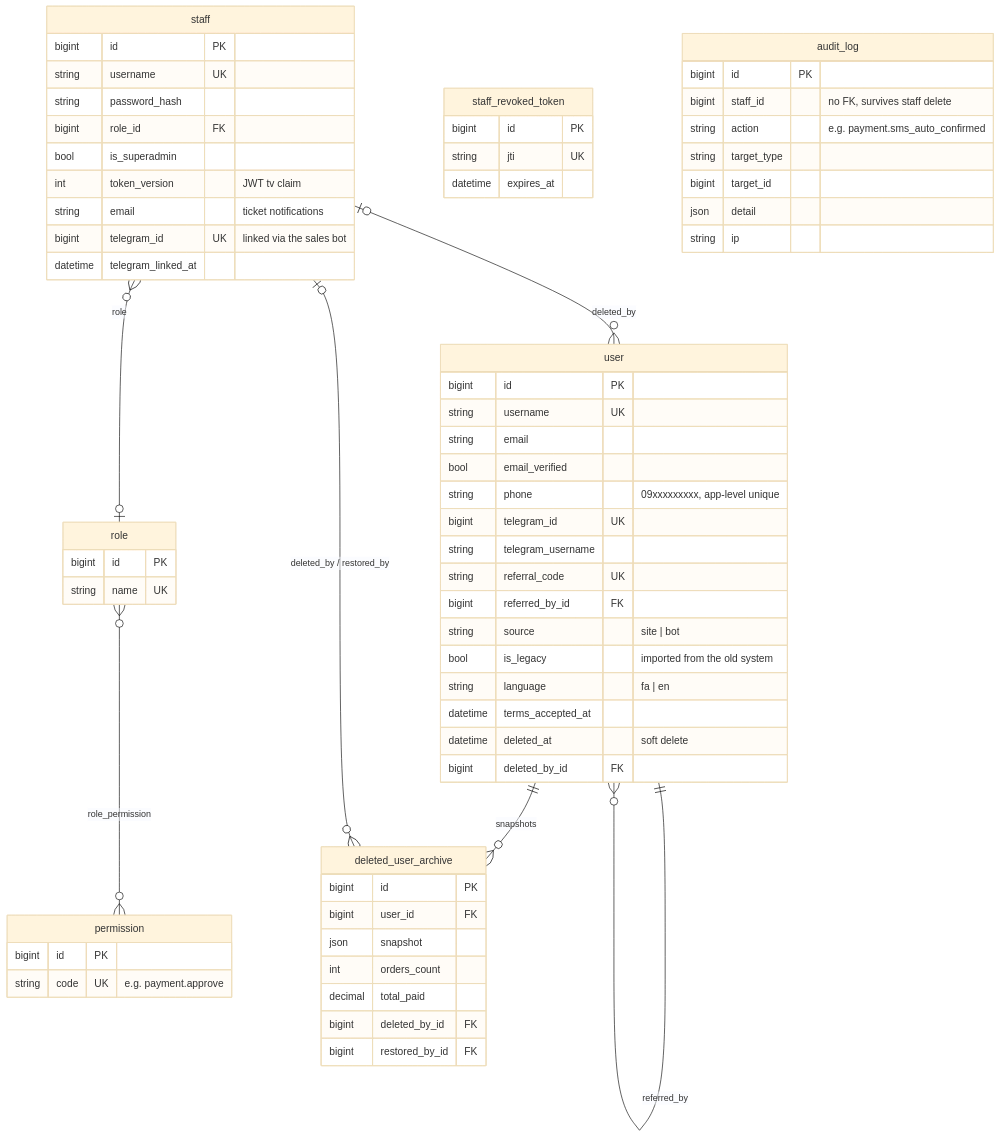
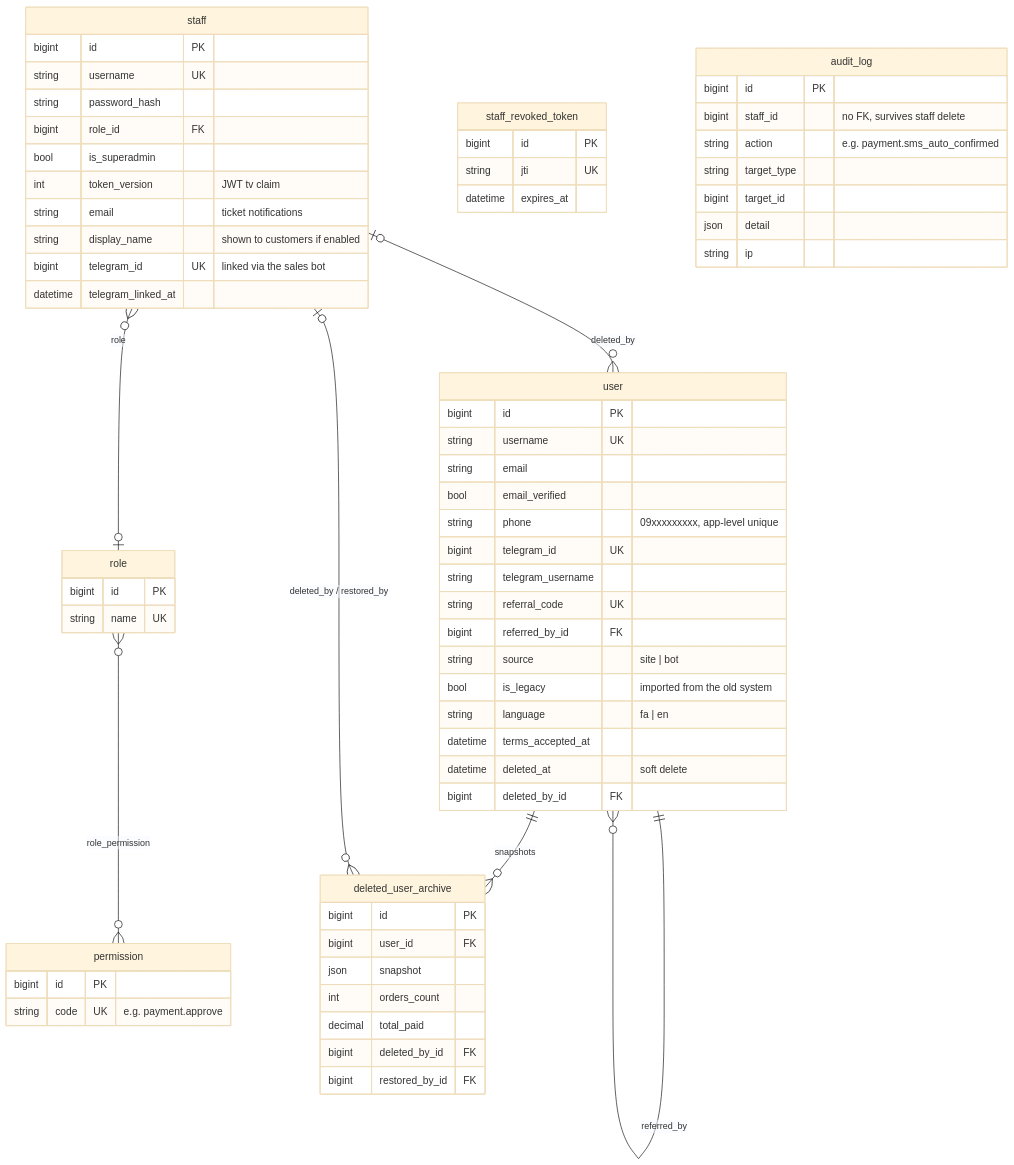
Before and after one commit to santiyagoburcart/caspintunel: the first of 7 diagrams in docs/erd.md, drawn with Mermaid (base theme). The commit also changed other lines of this file and 45 other files, not shown here.

````diff
--- a/docs/erd.md
+++ b/docs/erd.md
@@ -17,69 +17,70 @@
 ```mermaid
 erDiagram
     user ||--o{ user : "referred_by"
     staff }o--o| role : "role"
     role }o--o{ permission : "role_permission"
     user ||--o{ deleted_user_archive : "snapshots"
     staff |o--o{ deleted_user_archive : "deleted_by / restored_by"
     staff |o--o{ user : "deleted_by"
 
     user {
         bigint id PK
         string username UK
         string email
         bool email_verified
         string phone "09xxxxxxxxx, app-level unique"
         bigint telegram_id UK
         string telegram_username
         string referral_code UK
         bigint referred_by_id FK
         string source "site | bot"
         bool is_legacy "imported from the old system"
         string language "fa | en"
         datetime terms_accepted_at
         datetime deleted_at "soft delete"
         bigint deleted_by_id FK
     }
     staff {
         bigint id PK
         string username UK
         string password_hash
         bigint role_id FK
         bool is_superadmin
         int token_version "JWT tv claim"
         string email "ticket notifications"
+        string display_name "shown to customers if enabled"
         bigint telegram_id UK "linked via the sales bot"
         datetime telegram_linked_at
     }
     role {
         bigint id PK
         string name UK
     }
     permission {
         bigint id PK
         string code UK "e.g. payment.approve"
     }
     staff_revoked_token {
         bigint id PK
         string jti UK
         datetime expires_at
     }
     deleted_user_archive {
         bigint id PK
         bigint user_id FK
         json snapshot
         int orders_count
         decimal total_paid
         bigint deleted_by_id FK
         bigint restored_by_id FK
     }
     audit_log {
         bigint id PK
         bigint staff_id "no FK, survives staff delete"
         string action "e.g. payment.sms_auto_confirmed"
         string target_type
         bigint target_id
         json detail
         string ip
     }
 ```
````
